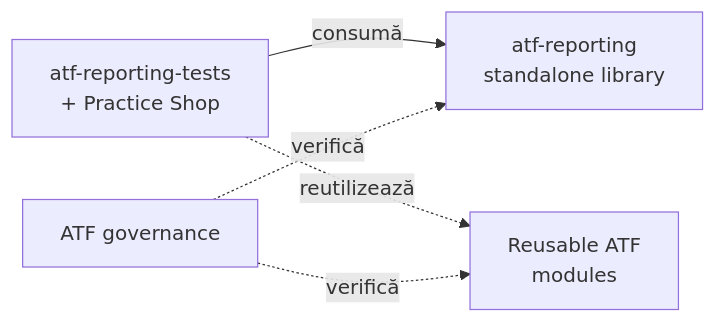
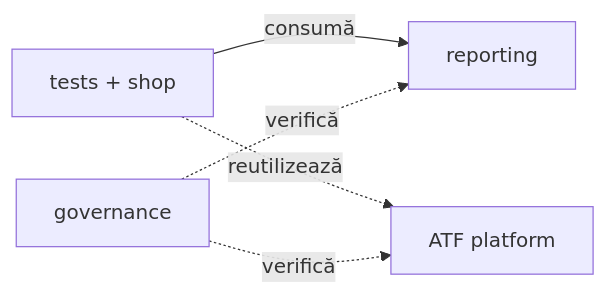
Before and after one commit to crististefanita/demo2: the second of 6 diagrams in README.md, drawn with Mermaid. The commit also changed other lines of this file, not shown here.

Commit message:
Clarify ATF architecture diagram labels

````diff
--- a/README.md
+++ b/README.md
@@ -89,12 +89,12 @@
 ```mermaid
 flowchart LR
-    Consumers[atf-reporting-tests<br/>+ Practice Shop]
-    Governance[ATF governance]
-    Reporting[atf-reporting<br/>standalone library]
-    Platform[Reusable ATF<br/>modules]
+    Consumers[tests + shop]
+    Governance[governance]
+    Reporting[reporting]
+    Platform[ATF platform]
 
     Consumers -->|consumă| Reporting
     Consumers -.->|reutilizează| Platform
     Governance -.->|verifică| Reporting
     Governance -.->|verifică| Platform
 ```
````
